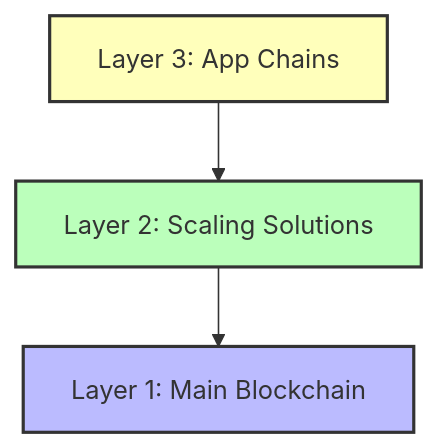
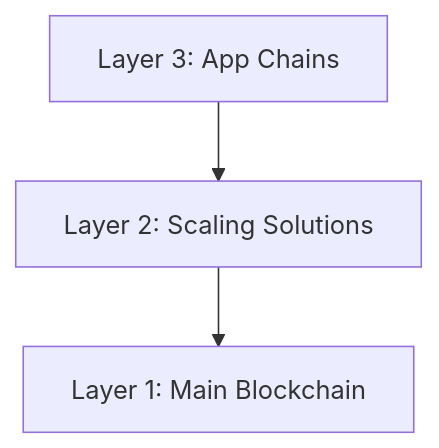
Before and after one commit to MrRogueKnight/Dev3Pack-Lisk-Solidity-Bootcamp-2025: the third of 5 diagrams in homework/week1-article-blockchain.md, drawn with Mermaid. The commit also changed other lines of this file, not shown here.

````diff
--- a/homework/week1-article-blockchain.md
+++ b/homework/week1-article-blockchain.md
@@ -145,11 +143,8 @@
 ```mermaid
 flowchart TD
     L1[Layer 1: Main Blockchain]
     L2[Layer 2: Scaling Solutions]
     L3[Layer 3: App Chains]
     L3 --> L2
     L2 --> L1
-    style L1 fill:#bbf,stroke:#333,stroke-width:2px
-    style L2 fill:#bfb,stroke:#333,stroke-width:2px
-    style L3 fill:#ffb,stroke:#333,stroke-width:2px
 ```
````
